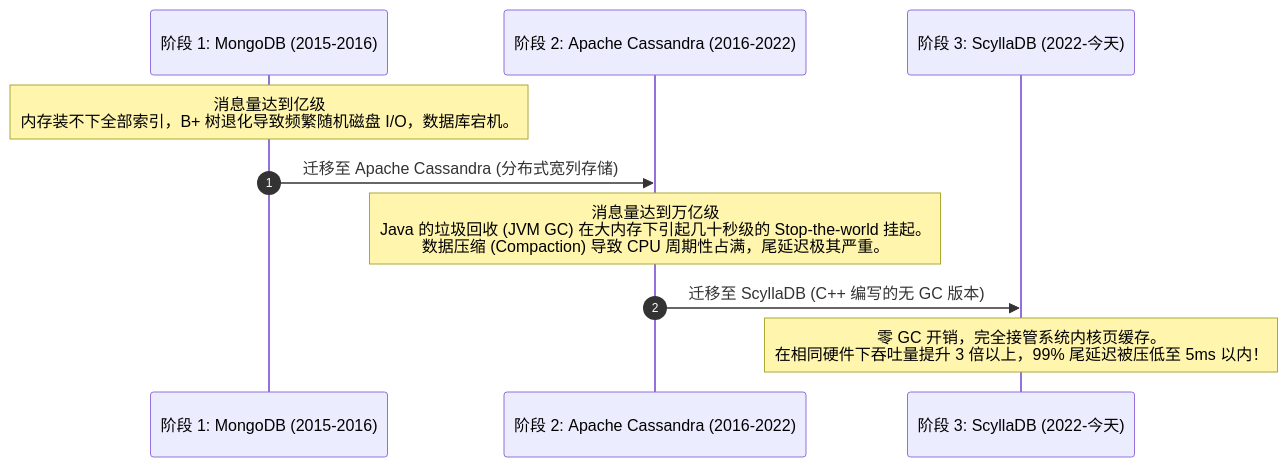
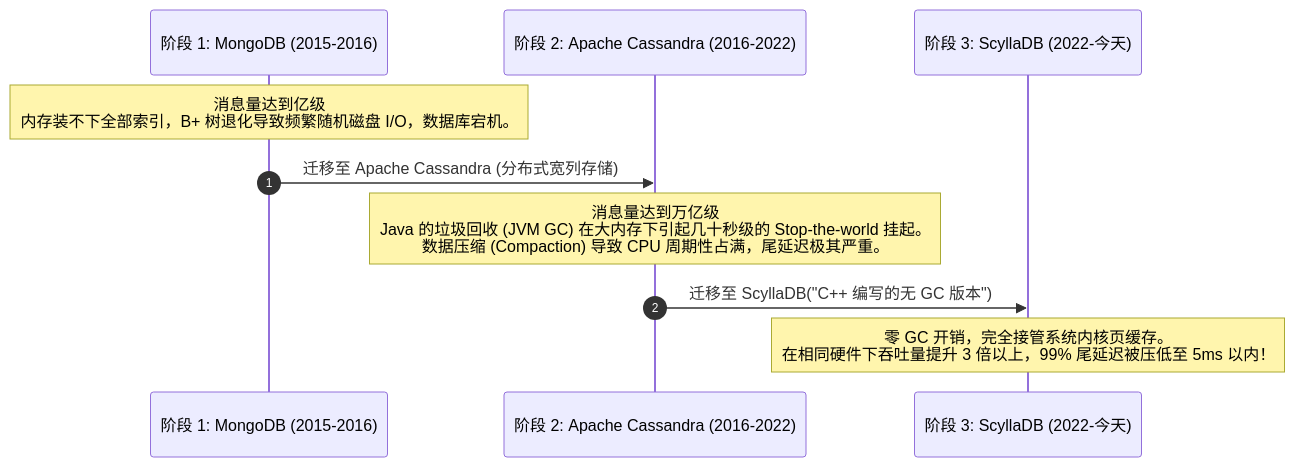
Before and after one commit to koosai/AI-Architect-Learning: the fifth of 6 diagrams in docs/atlas/discord.mdx, drawn with Mermaid. The commit also changed other lines of this file and 187 other files, not shown here.

Commit message:
fix(mermaid): fix all unquoted parens and edge label syntax errors across all docs

````diff
--- a/docs/atlas/discord.mdx
+++ b/docs/atlas/discord.mdx
@@ -170,15 +170,15 @@
 ```mermaid
 sequenceDiagram
   autonumber
   Participant M as 阶段 1: MongoDB (2015-2016)
   Participant C as 阶段 2: Apache Cassandra (2016-2022)
   Participant S as 阶段 3: ScyllaDB (2022-今天)
 
   Note over M: 消息量达到亿级<br/>内存装不下全部索引，B+ 树退化导致频繁随机磁盘 I/O，数据库宕机。
   M->>C: 迁移至 Apache Cassandra (分布式宽列存储)
   
   Note over C: 消息量达到万亿级<br/>Java 的垃圾回收 (JVM GC) 在大内存下引起几十秒级的 Stop-the-world 挂起。<br/>数据压缩 (Compaction) 导致 CPU 周期性占满，尾延迟极其严重。
-  C->>S: 迁移至 ScyllaDB (C++ 编写的无 GC 版本)
+  C->>S: 迁移至 ScyllaDB("C++ 编写的无 GC 版本")
   
   Note over S: 零 GC 开销，完全接管系统内核页缓存。<br/>在相同硬件下吞吐量提升 3 倍以上，99% 尾延迟被压低至 5ms 以内！
 ```
````
